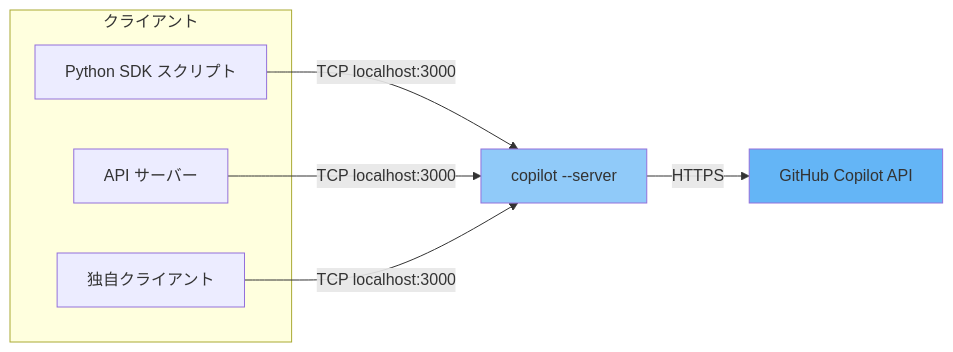
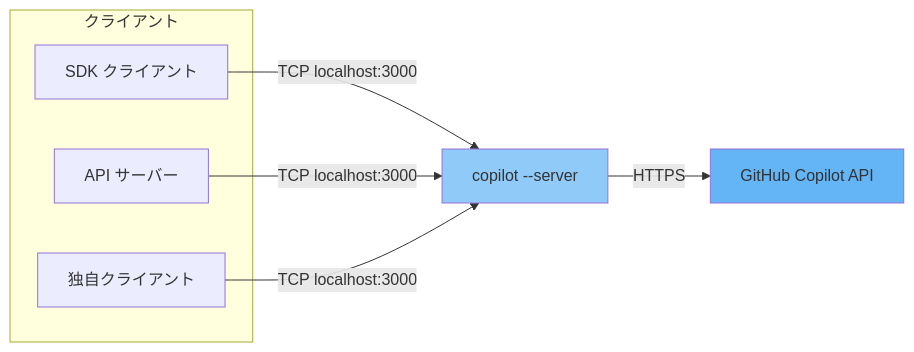
Before and after one commit to ks6088ts/template-github-copilot: the diagram in docs/copilot_sdk_tutorial/server_mode.ja.md, drawn with Mermaid. The commit also changed other lines of this file and 40 other files, not shown here.

````diff
--- a/docs/copilot_sdk_tutorial/server_mode.ja.md
+++ b/docs/copilot_sdk_tutorial/server_mode.ja.md
@@ -35,15 +35,15 @@
 ```mermaid
 graph LR
     subgraph クライアント
-        A[Python SDK スクリプト]
+        A[SDK クライアント]
         B[API サーバー]
         C[独自クライアント]
     end
     A -->|TCP localhost:3000| S[copilot --server]
     B -->|TCP localhost:3000| S
     C -->|TCP localhost:3000| S
     S -->|HTTPS| D[GitHub Copilot API]
 
     style S fill:#90caf9
     style D fill:#64b5f6
 ```
````
